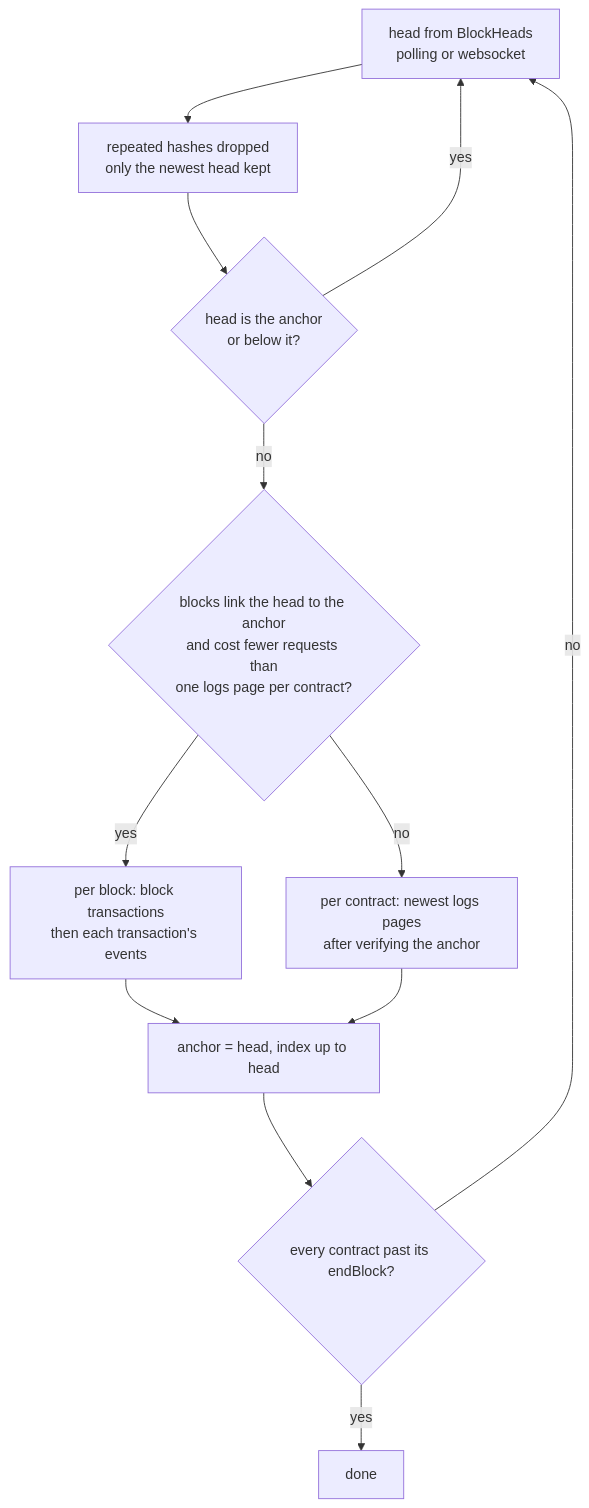
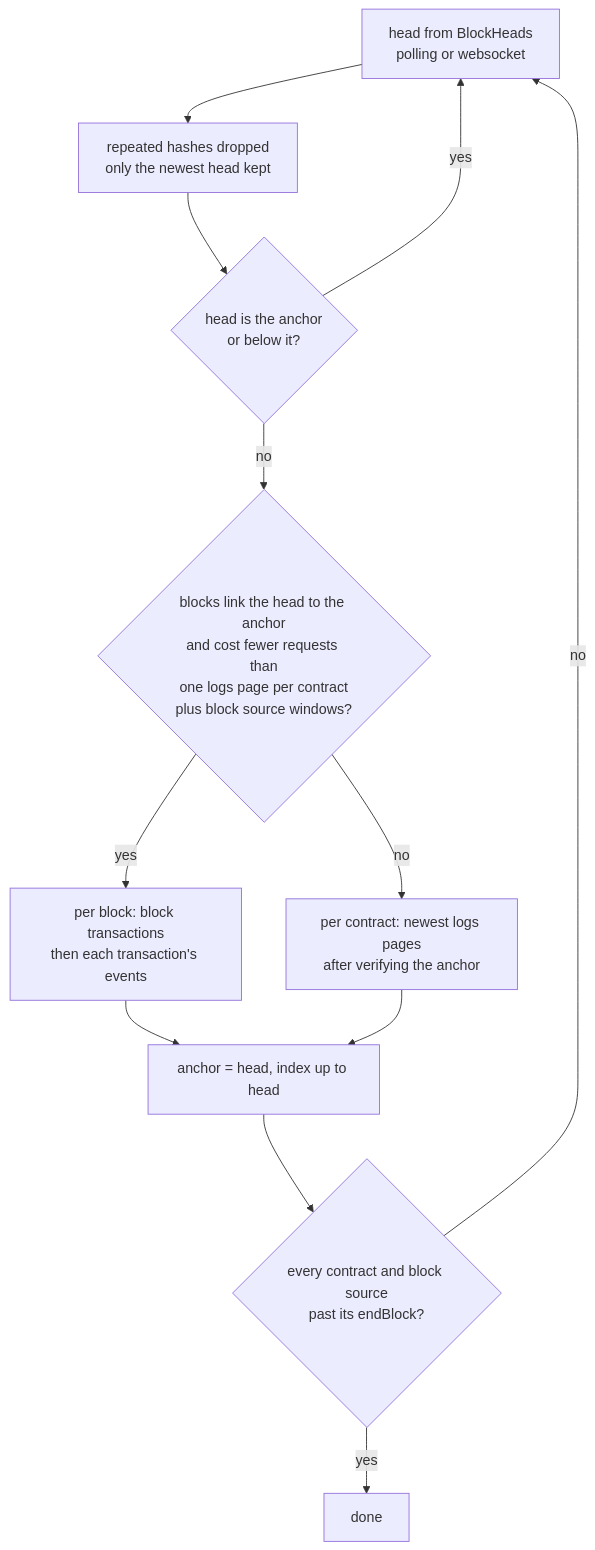
The diagram in docs/architecture.md (pradel/stacksindex), drawn with Mermaid before and after one commit. The commit also changed other lines of this file and 6 other files, not shown here.

````diff
--- a/docs/architecture.md
+++ b/docs/architecture.md
@@ -289,14 +289,14 @@
 ```mermaid
 flowchart TD
   H[head from BlockHeads<br/>polling or websocket] --> D[repeated hashes dropped<br/>only the newest head kept]
   D --> S{head is the anchor<br/>or below it?}
   S -- yes --> H
-  S -- no --> P{blocks link the head to the anchor<br/>and cost fewer requests than<br/>one logs page per contract?}
+  S -- no --> P{blocks link the head to the anchor<br/>and cost fewer requests than<br/>one logs page per contract<br/>plus block source windows?}
   P -- yes --> B[per block: block transactions<br/>then each transaction's events]
   P -- no --> C[per contract: newest logs pages<br/>after verifying the anchor]
   B --> I[anchor = head, index up to head]
   C --> I
-  I --> E{every contract past its endBlock?}
+  I --> E{every contract and block source<br/>past its endBlock?}
   E -- no --> H
   E -- yes --> X[done]
 ```
````
